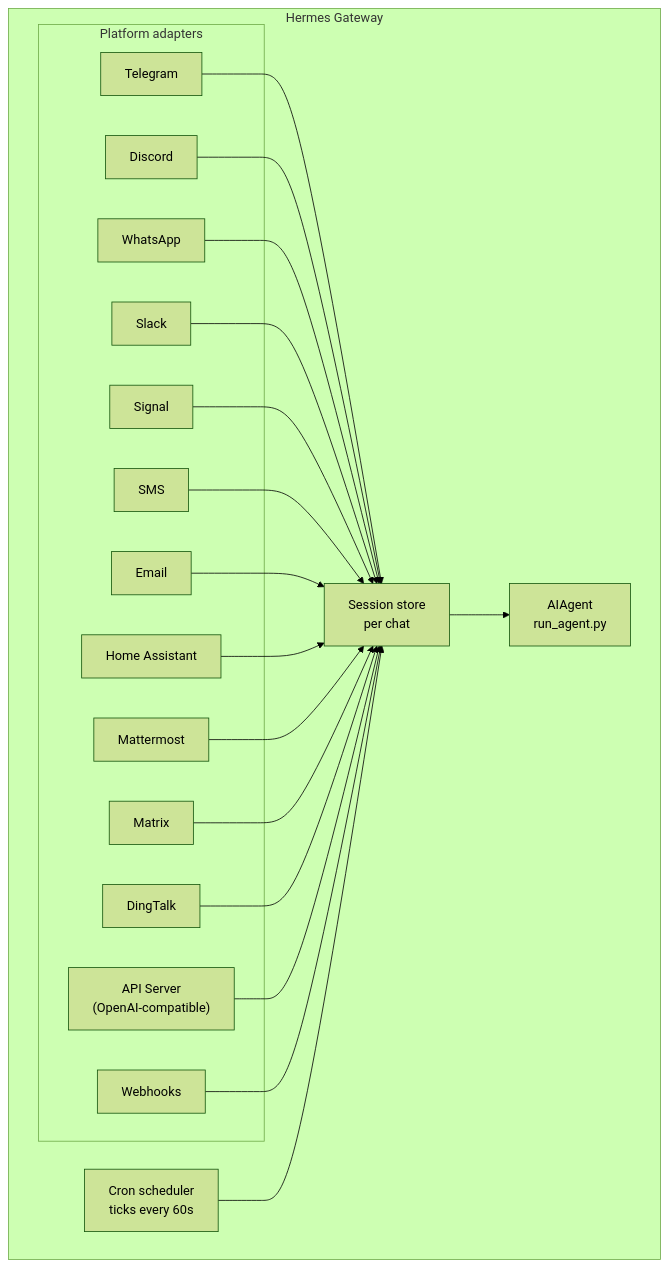
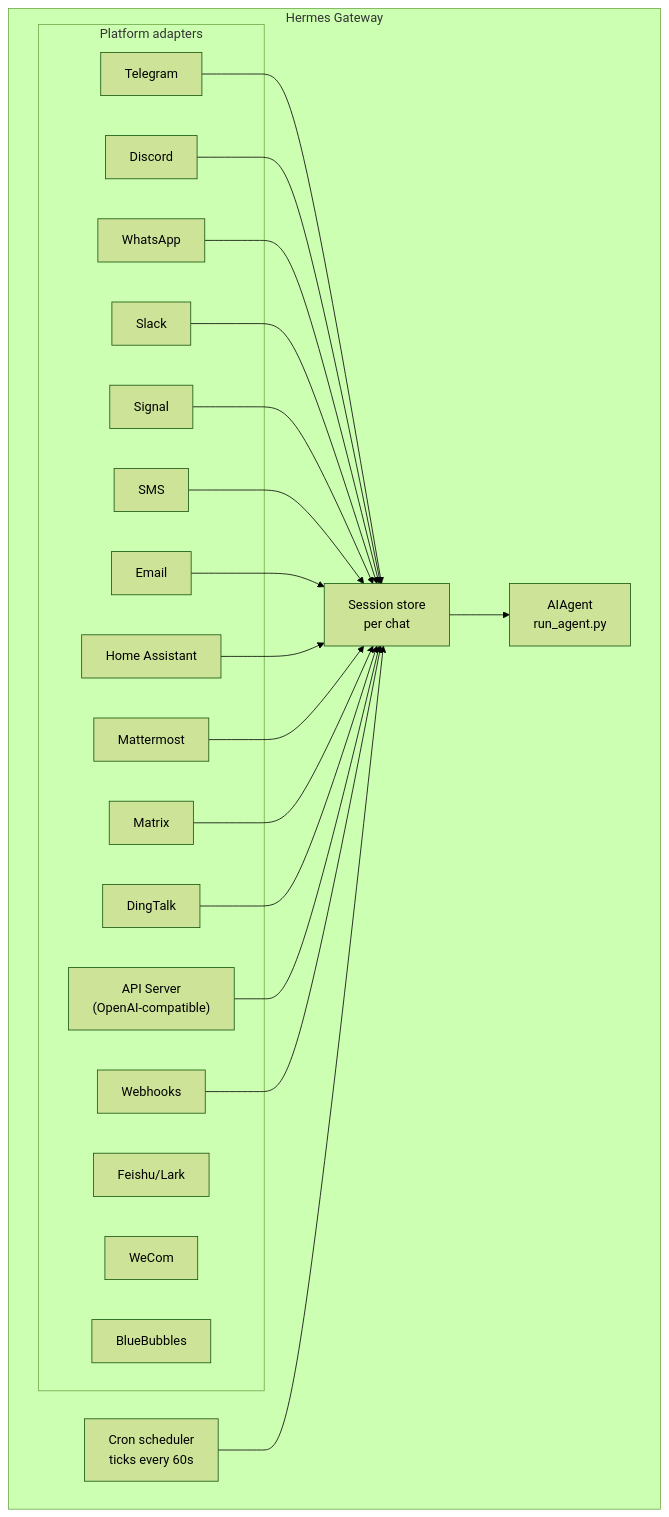
The diagram in hermes-agent/website/docs/user-guide/messaging/index.md (Magaav/hermes-orchestrator), drawn with Mermaid (forest theme) before and after one commit. The commit also changed other lines of this file and 930 other files, not shown here.

````diff
--- a/hermes-agent/website/docs/user-guide/messaging/index.md
+++ b/hermes-agent/website/docs/user-guide/messaging/index.md
@@ -15,40 +36,43 @@
 ```mermaid
 flowchart TB
     subgraph Gateway["Hermes Gateway"]
         subgraph Adapters["Platform adapters"]
             tg[Telegram]
             dc[Discord]
             wa[WhatsApp]
             sl[Slack]
             sig[Signal]
             sms[SMS]
             em[Email]
             ha[Home Assistant]
             mm[Mattermost]
             mx[Matrix]
             dt[DingTalk]
+    fs[Feishu/Lark]
+    wc[WeCom]
+    bb[BlueBubbles]
             api["API Server<br/>(OpenAI-compatible)"]
             wh[Webhooks]
         end
 
         store["Session store<br/>per chat"]
         agent["AIAgent<br/>run_agent.py"]
         cron["Cron scheduler<br/>ticks every 60s"]
     end
 
     tg --> store
     dc --> store
     wa --> store
     sl --> store
     sig --> store
     sms --> store
     em --> store
     ha --> store
     mm --> store
     mx --> store
     dt --> store
     api --> store
     wh --> store
     store --> agent
     cron --> store
 ```
````
